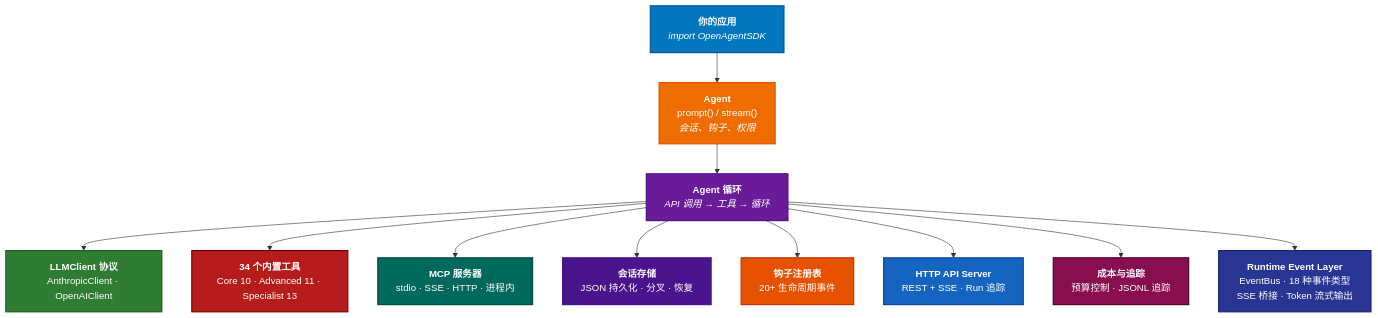
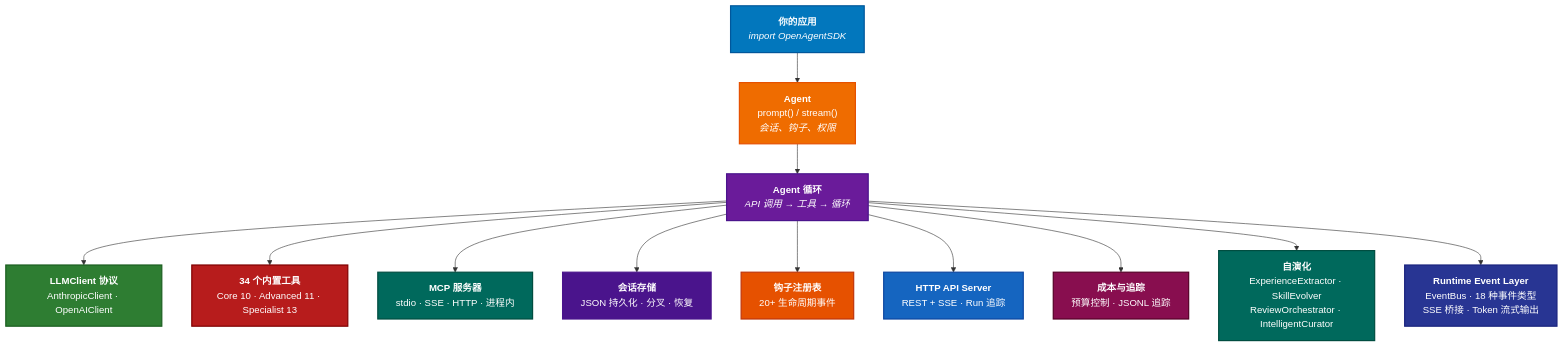
One commit to terryso/axion changed the diagram in README_CN.md. Above: the diagram before and after it, drawn with Mermaid.

Commit message:
docs: fix CN README architecture diagram — add missing Self-Evolution node

````diff
--- a/README_CN.md
+++ b/README_CN.md
@@ -532,33 +532,36 @@
 ```mermaid
 graph TD
     A["<b>你的应用</b><br/><i>import OpenAgentSDK</i>"] --> B
     B["<b>Agent</b><br/>prompt() / stream()<br/><i>会话、钩子、权限</i>"] --> C
     C["<b>Agent 循环</b><br/><i>API 调用 &rarr; 工具 &rarr; 循环</i>"] --> D
     C --> E
     C --> F
     C --> G
     C --> H
     C --> I
     C --> J
     C --> K
+    C --> L
     D["<b>LLMClient 协议</b><br/>AnthropicClient &middot; OpenAIClient"]
     E["<b>34 个内置工具</b><br/>Core 10 &middot; Advanced 11 &middot; Specialist 13"]
     F["<b>MCP 服务器</b><br/>stdio &middot; SSE &middot; HTTP &middot; 进程内"]
     G["<b>会话存储</b><br/>JSON 持久化 &middot; 分叉 &middot; 恢复"]
     H["<b>钩子注册表</b><br/>20+ 生命周期事件"]
     I["<b>HTTP API Server</b><br/>REST + SSE &middot; Run 追踪"]
     J["<b>成本与追踪</b><br/>预算控制 &middot; JSONL 追踪"]
-    K["<b>Runtime Event Layer</b><br/>EventBus &middot; 18 种事件类型<br/>SSE 桥接 &middot; Token 流式输出"]
+    K["<b>自演化</b><br/>ExperienceExtractor &middot; SkillEvolver<br/>ReviewOrchestrator &middot; IntelligentCurator"]
+    L["<b>Runtime Event Layer</b><br/>EventBus &middot; 18 种事件类型<br/>SSE 桥接 &middot; Token 流式输出"]
 
     style A fill:#0277bd,stroke:#01579b,color:#fff,stroke-width:2px
     style B fill:#ef6c00,stroke:#e65100,color:#fff,stroke-width:2px
     style C fill:#6a1b9a,stroke:#4a148c,color:#fff,stroke-width:2px
     style D fill:#2e7d32,stroke:#1b5e20,color:#fff,stroke-width:2px
     style E fill:#b71c1c,stroke:#7f0000,color:#fff,stroke-width:2px
     style F fill:#00695c,stroke:#004d40,color:#fff,stroke-width:2px
     style G fill:#4a148c,stroke:#4a148c,color:#fff,stroke-width:2px
     style H fill:#e65100,stroke:#bf360c,color:#fff,stroke-width:2px
     style I fill:#1565c0,stroke:#0d47a1,color:#fff,stroke-width:2px
     style J fill:#880e4f,stroke:#560027,color:#fff,stroke-width:2px
-    style K fill:#283593,stroke:#1a237e,color:#fff,stroke-width:2px
+    style K fill:#00695c,stroke:#004d40,color:#fff,stroke-width:2px
+    style L fill:#283593,stroke:#1a237e,color:#fff,stroke-width:2px
 ```
````
